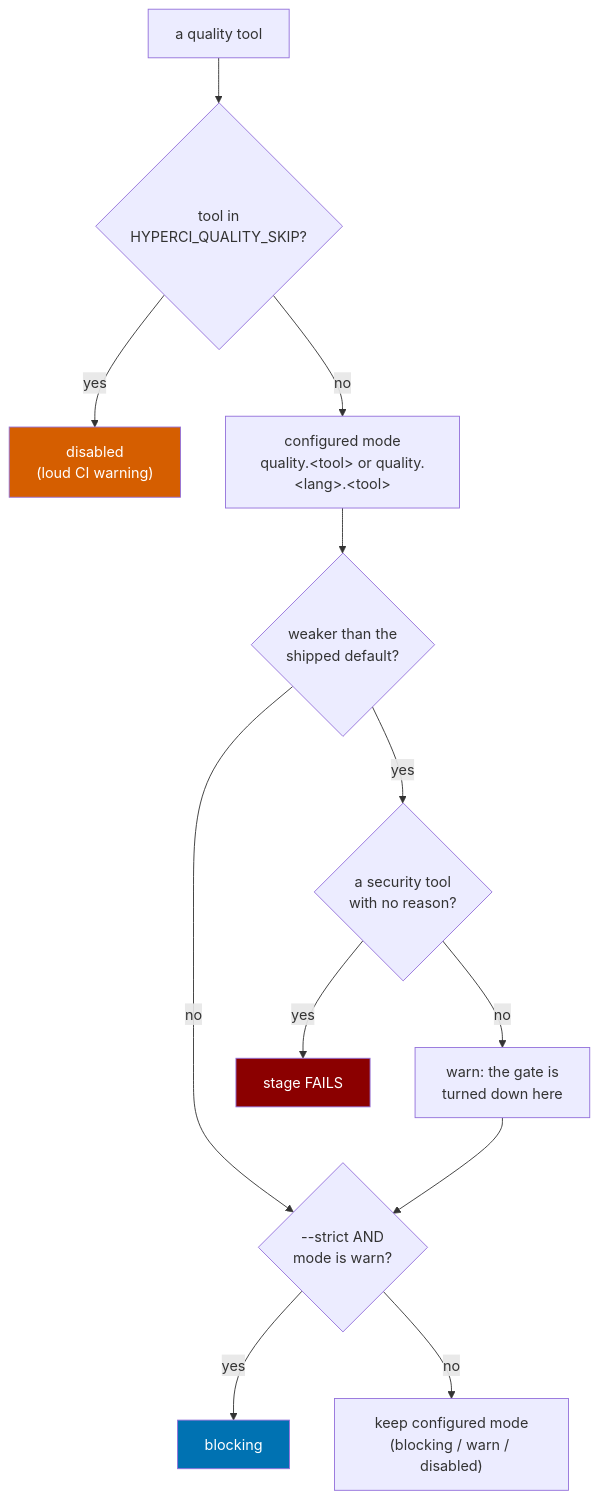
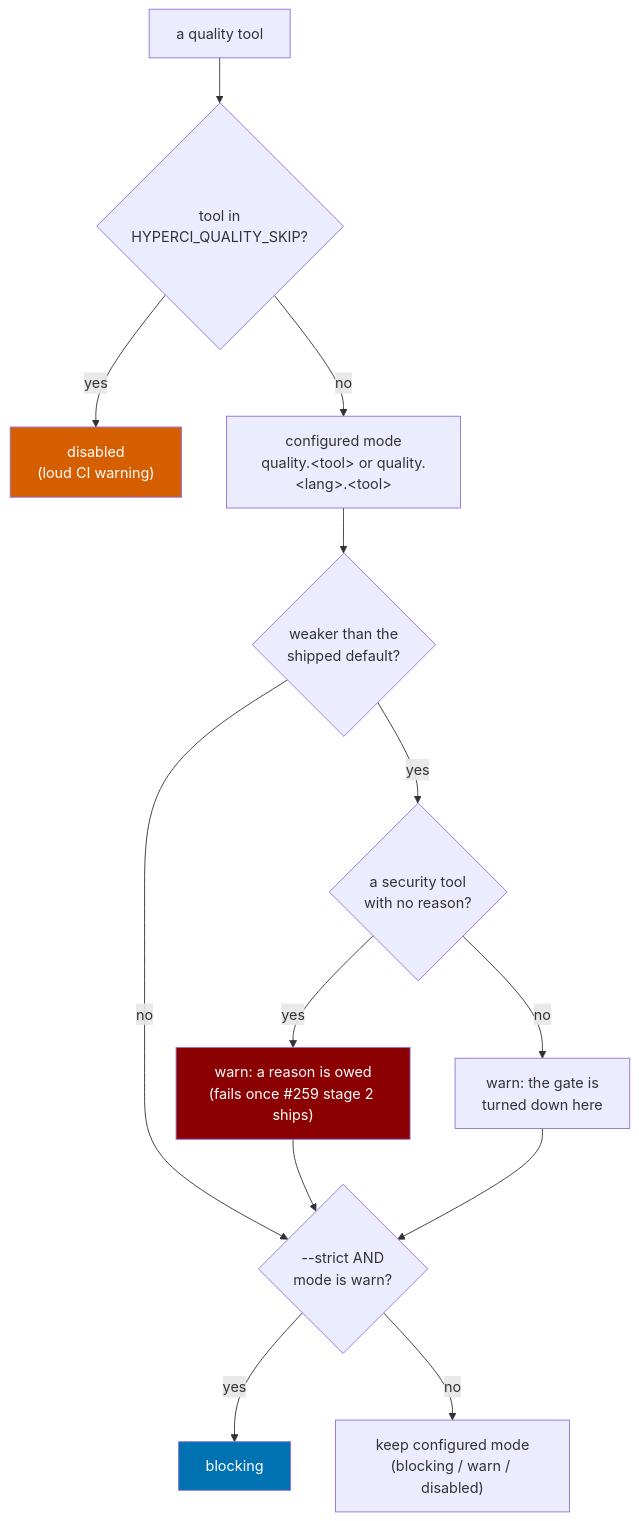
One commit to hyperi-io/hyperi-ci changed the diagram in docs/quality-gate.md. Above: the diagram before and after it, drawn with Mermaid. The commit also changed other lines of this file and 5 other files, not shown here.

First line of the commit message:
docs(quality): say a missing security reason warns until #259 stage 2

````diff
--- a/docs/quality-gate.md
+++ b/docs/quality-gate.md
@@ -25,17 +25,18 @@
 ```mermaid
 flowchart TB
     T["a quality tool"] --> SK{"tool in<br/>HYPERCI_QUALITY_SKIP?"}
     SK -->|yes| D["disabled<br/>(loud CI warning)"]:::skip
     SK -->|no| M["configured mode<br/>quality.&lt;tool&gt; or quality.&lt;lang&gt;.&lt;tool&gt;"]
     M --> TD{"weaker than the<br/>shipped default?"}
     TD -->|no| ST
     TD -->|yes| SEC{"a security tool<br/>with no reason?"}
-    SEC -->|yes| F["stage FAILS"]:::fail
+    SEC -->|yes| F["warn: a reason is owed<br/>(fails once #259 stage 2 ships)"]:::fail
+    F --> ST
     SEC -->|no| W["warn: the gate is<br/>turned down here"] --> ST
     ST{"--strict AND<br/>mode is warn?"}
     ST -->|yes| B["blocking"]:::block
     ST -->|no| K["keep configured mode<br/>(blocking / warn / disabled)"]
     classDef skip fill:#D55E00,color:#fff
     classDef block fill:#0072B2,color:#fff
     classDef fail fill:#8B0000,color:#fff
 ```
````
